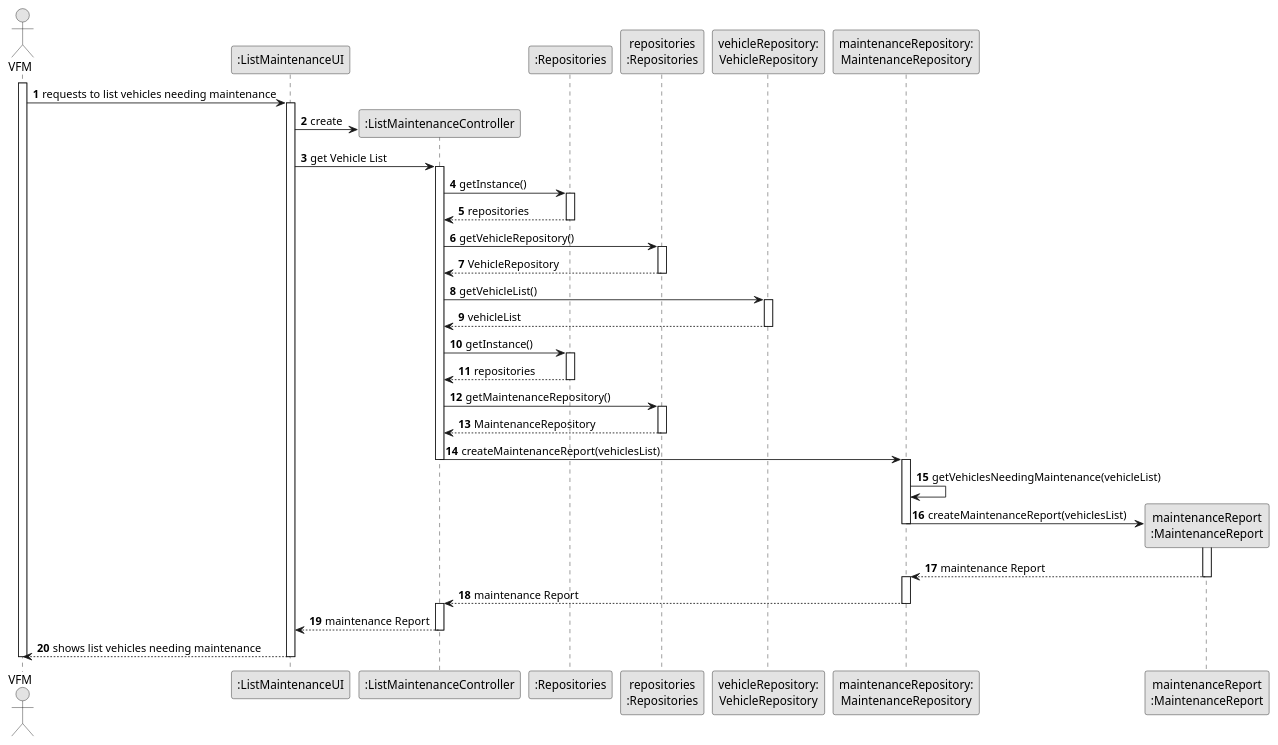
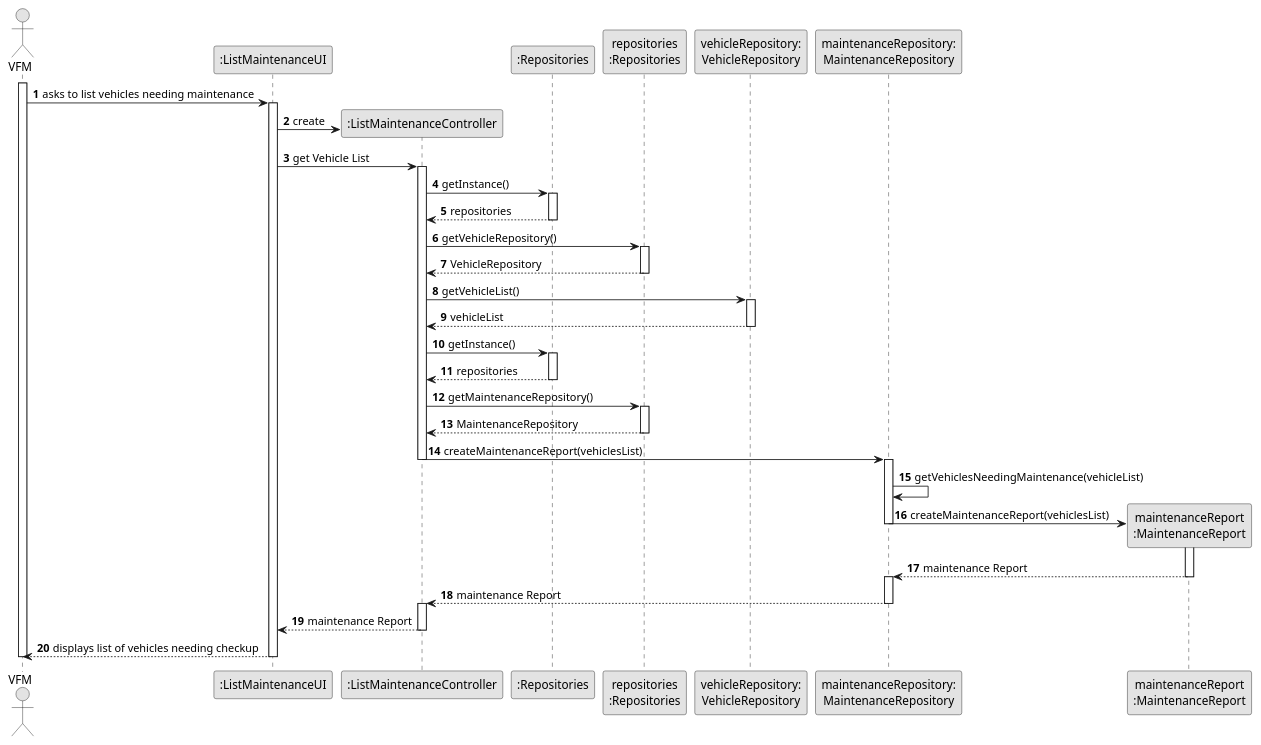
One commit to ricardomm7/leaflink changed the diagram in docs/sprintB/us008/03.design/puml/us008-sequence-diagram-full.puml. Above: the diagram before and after it, drawn with PlantUML. The commit also changed 6 other files, not shown here.

```diff
--- a/docs/sprintB/us008/03.design/puml/us008-sequence-diagram-full.puml
+++ b/docs/sprintB/us008/03.design/puml/us008-sequence-diagram-full.puml
@@ -1,88 +1,88 @@
 @startuml
 skinparam monochrome true
 skinparam packageStyle rectangle
 skinparam shadowing false
 
 autonumber
 
 'hide footbox
 actor "VFM" as VFM
 participant ":ListMaintenanceUI" as UI
 participant ":ListMaintenanceController" as CTRL
 participant ":Repositories" as RepositorySingleton
 participant "repositories\n:Repositories" as PLAT
 participant "vehicleRepository:\nVehicleRepository" as VehicleRepository
 participant "maintenanceRepository:\nMaintenanceRepository" as MaintenanceRepository
 participant "maintenanceReport\n:MaintenanceReport" as MaintenanceReport
 
 activate VFM
 
-    VFM -> UI : requests to list vehicles needing maintenance
+    VFM -> UI : asks to list vehicles needing maintenance
     activate UI
 
         UI -> CTRL** : create
 
         UI -> CTRL : get Vehicle List
         activate CTRL
 
             CTRL -> RepositorySingleton : getInstance()
             activate RepositorySingleton
 
                 RepositorySingleton --> CTRL: repositories
             deactivate RepositorySingleton
 
             CTRL -> PLAT : getVehicleRepository()
             activate PLAT
 
                 PLAT --> CTRL: VehicleRepository
             deactivate PLAT
 
             CTRL -> VehicleRepository : getVehicleList()
             activate VehicleRepository
 
                 VehicleRepository --> CTRL : vehicleList
             deactivate VehicleRepository
 
 
                 CTRL -> RepositorySingleton : getInstance()
                 activate RepositorySingleton
 
                     RepositorySingleton --> CTRL: repositories
                 deactivate RepositorySingleton
 
                 CTRL -> PLAT : getMaintenanceRepository()
                 activate PLAT
 
                     PLAT --> CTRL: MaintenanceRepository
                 deactivate PLAT
 
 
                 CTRL -> MaintenanceRepository : createMaintenanceReport(vehiclesList)
                 deactivate CTRL
                 activate MaintenanceRepository
 
                 MaintenanceRepository -> MaintenanceRepository: getVehiclesNeedingMaintenance(vehicleList)
 
                     MaintenanceRepository -> MaintenanceReport **: createMaintenanceReport(vehiclesList)
                     deactivate MaintenanceRepository
                     activate MaintenanceReport
 
                     MaintenanceReport --> MaintenanceRepository : maintenance Report
                     deactivate MaintenanceReport
 
                     activate MaintenanceRepository
 
                 MaintenanceRepository --> CTRL : maintenance Report
                 deactivate MaintenanceRepository
 
             activate CTRL
 
             CTRL --> UI : maintenance Report
             deactivate CTRL
 
-        UI --> VFM : shows list vehicles needing maintenance
+        UI --> VFM : displays list of vehicles needing checkup
     deactivate UI
 
 deactivate VFM
 
 @enduml
```
